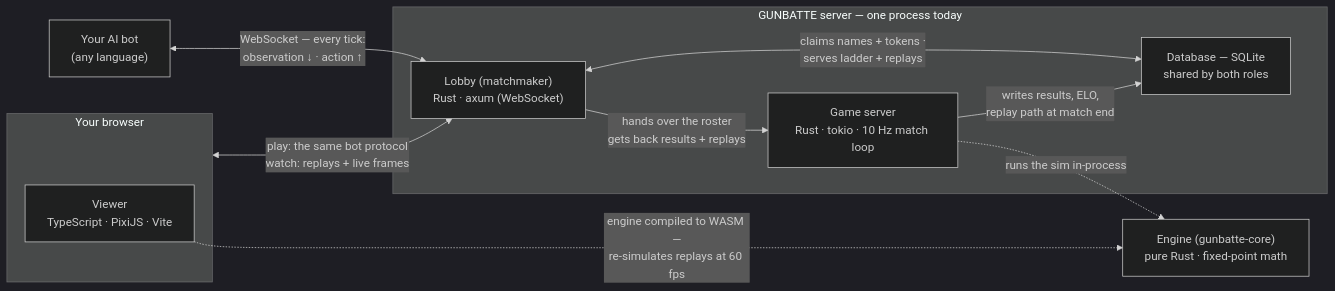
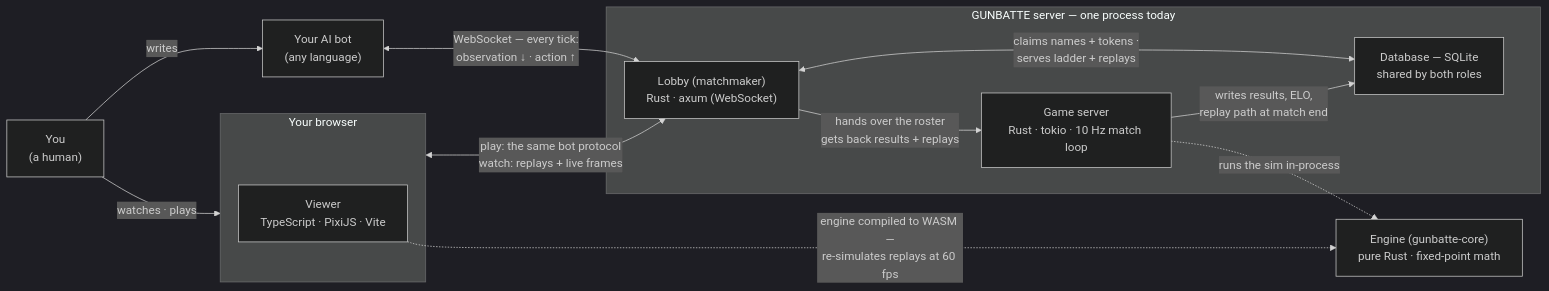
One commit to ahaqqu/gunbatte changed the diagram in docs/ARCHITECTURE.md. Above: the diagram before and after it, drawn with Mermaid (dark theme). The commit also changed other lines of this file, not shown here.

First line of the commit message:
docs: diagram — show the human behind the bot and the browser

````diff
--- a/docs/ARCHITECTURE.md
+++ b/docs/ARCHITECTURE.md
@@ -20,25 +21,28 @@
 ```mermaid
 flowchart LR
+    you["You<br/>(a human)"]
     bot["Your AI bot<br/>(any language)"]
 
     subgraph browser["Your browser"]
         viewer["Viewer<br/>TypeScript · PixiJS · Vite"]
     end
 
     engine["Engine (gunbatte-core)<br/>pure Rust · fixed-point math"]
 
     subgraph server["GUNBATTE server — one process today"]
         lobby["Lobby (matchmaker)<br/>Rust · axum (WebSocket)"]
         game["Game server<br/>Rust · tokio · 10 Hz match loop"]
         db["Database — SQLite<br/>shared by both roles"]
 
         lobby <-->|"claims names + tokens ·<br/>serves ladder + replays"| db
         lobby -->|"hands over the roster<br/>gets back results + replays"| game
         game -->|"writes results, ELO,<br/>replay path at match end"| db
     end
 
+    you -->|"writes"| bot
+    you -->|"watches · plays"| browser
     bot <-->|"WebSocket — every tick:<br/>observation ↓ · action ↑"| lobby
     browser <-->|"play: the same bot protocol<br/>watch: replays + live frames"| lobby
     game -.->|"runs the sim in-process"| engine
     viewer -.->|"engine compiled to WASM —<br/>re-simulates replays at 60 fps"| engine
 ```
````
